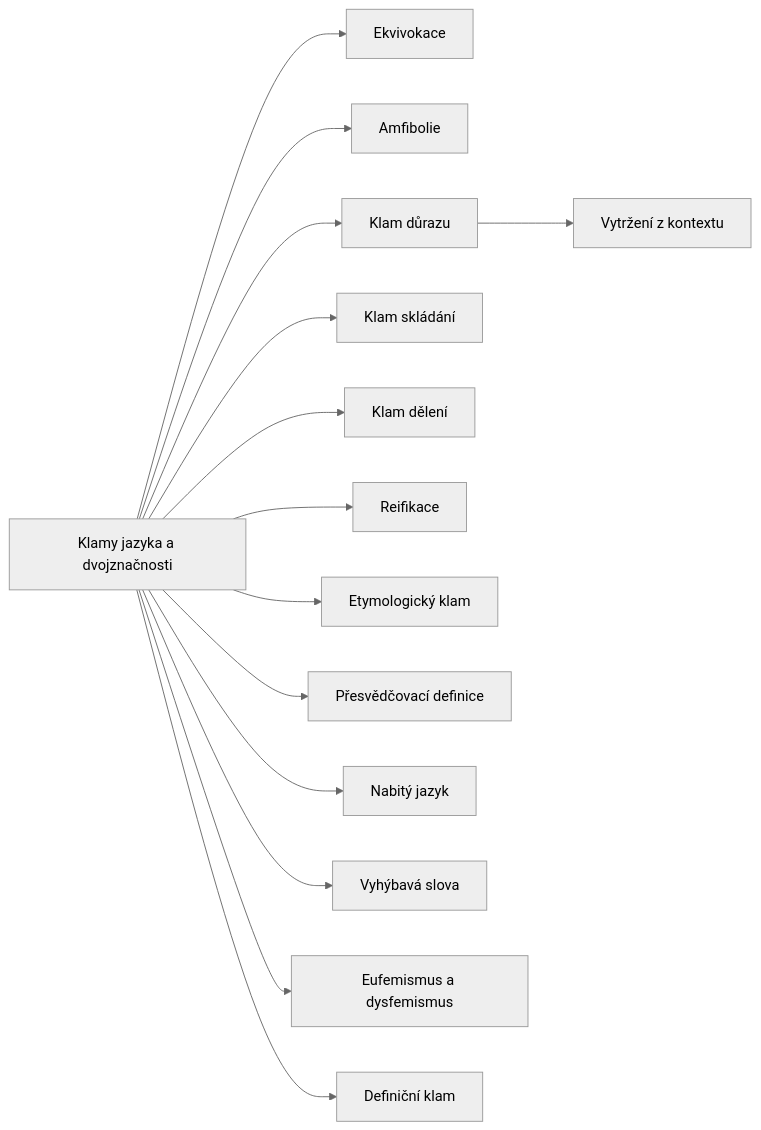
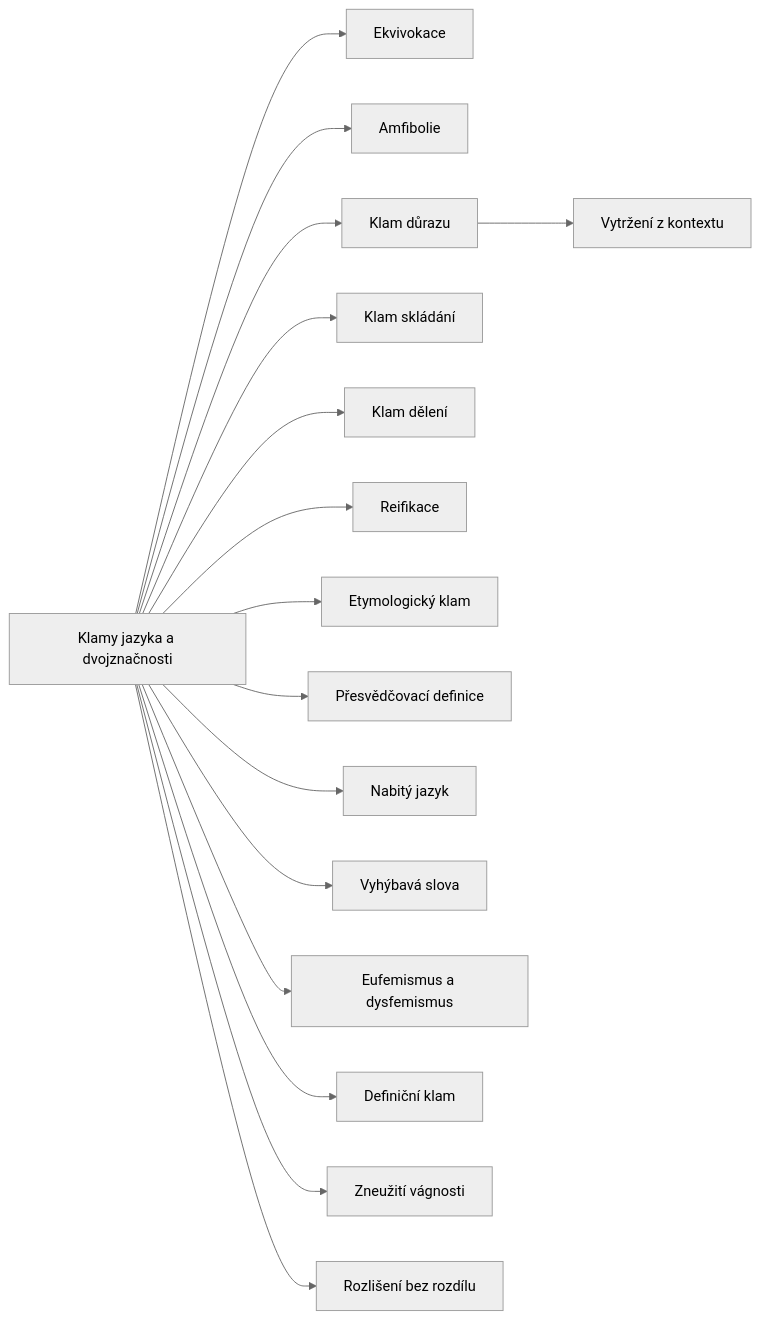
Before and after one commit to korczis/kompendium-epistemicke-anihilace: the diagram in content/kompendium/argumentacni-fauly/jazykove-klamy/_index.md, drawn with Mermaid (neutral theme). The commit also changed other lines of this file and 280 other files, not shown here.

````diff
--- a/content/kompendium/argumentacni-fauly/jazykove-klamy/_index.md
+++ b/content/kompendium/argumentacni-fauly/jazykove-klamy/_index.md
@@ -183,44 +185,50 @@
 ```mermaid
 flowchart LR
   F["Klamy jazyka a dvojznačnosti"]
   click F "@/kompendium/argumentacni-fauly/jazykove-klamy/_index.md"
   n1["Ekvivokace"]
   n2["Amfibolie"]
   n3["Klam důrazu"]
   n4["Klam skládání"]
   n5["Klam dělení"]
   n6["Reifikace"]
   n7["Etymologický klam"]
   n8["Přesvědčovací definice"]
   n9["Nabitý jazyk"]
   n10["Vyhýbavá slova"]
   n11["Eufemismus a dysfemismus"]
   n12["Vytržení z kontextu"]
   n13["Definiční klam"]
+  n14["Zneužití vágnosti"]
+  n15["Rozlišení bez rozdílu"]
   F --> n1
   F --> n2
   F --> n3
   F --> n4
   F --> n5
   F --> n6
   F --> n7
   F --> n8
   F --> n9
   F --> n10
   F --> n11
   n3 --> n12
   F --> n13
+  F --> n14
+  F --> n15
   click n1 "@/kompendium/argumentacni-fauly/jazykove-klamy/ekvivokace.md"
   click n2 "@/kompendium/argumentacni-fauly/jazykove-klamy/amfibolie.md"
   click n3 "@/kompendium/argumentacni-fauly/jazykove-klamy/klam-duraznu.md"
   click n4 "@/kompendium/argumentacni-fauly/jazykove-klamy/klam-skladani.md"
   click n5 "@/kompendium/argumentacni-fauly/jazykove-klamy/klam-deleni.md"
   click n6 "@/kompendium/argumentacni-fauly/jazykove-klamy/reifikace.md"
   click n7 "@/kompendium/argumentacni-fauly/jazykove-klamy/etymologicky-klam.md"
   click n8 "@/kompendium/argumentacni-fauly/jazykove-klamy/presvedcovaci-definice.md"
   click n9 "@/kompendium/argumentacni-fauly/jazykove-klamy/nabity-jazyk.md"
   click n10 "@/kompendium/argumentacni-fauly/jazykove-klamy/vyhybava-slova.md"
   click n11 "@/kompendium/argumentacni-fauly/jazykove-klamy/eufemismus-a-dysfemismus.md"
   click n12 "@/kompendium/argumentacni-fauly/jazykove-klamy/vytrzeni-z-kontextu.md"
   click n13 "@/kompendium/argumentacni-fauly/jazykove-klamy/definicni-klam.md"
+  click n14 "@/kompendium/argumentacni-fauly/jazykove-klamy/vagnost.md"
+  click n15 "@/kompendium/argumentacni-fauly/jazykove-klamy/rozliseni-bez-rozdilu.md"
 ```
````
